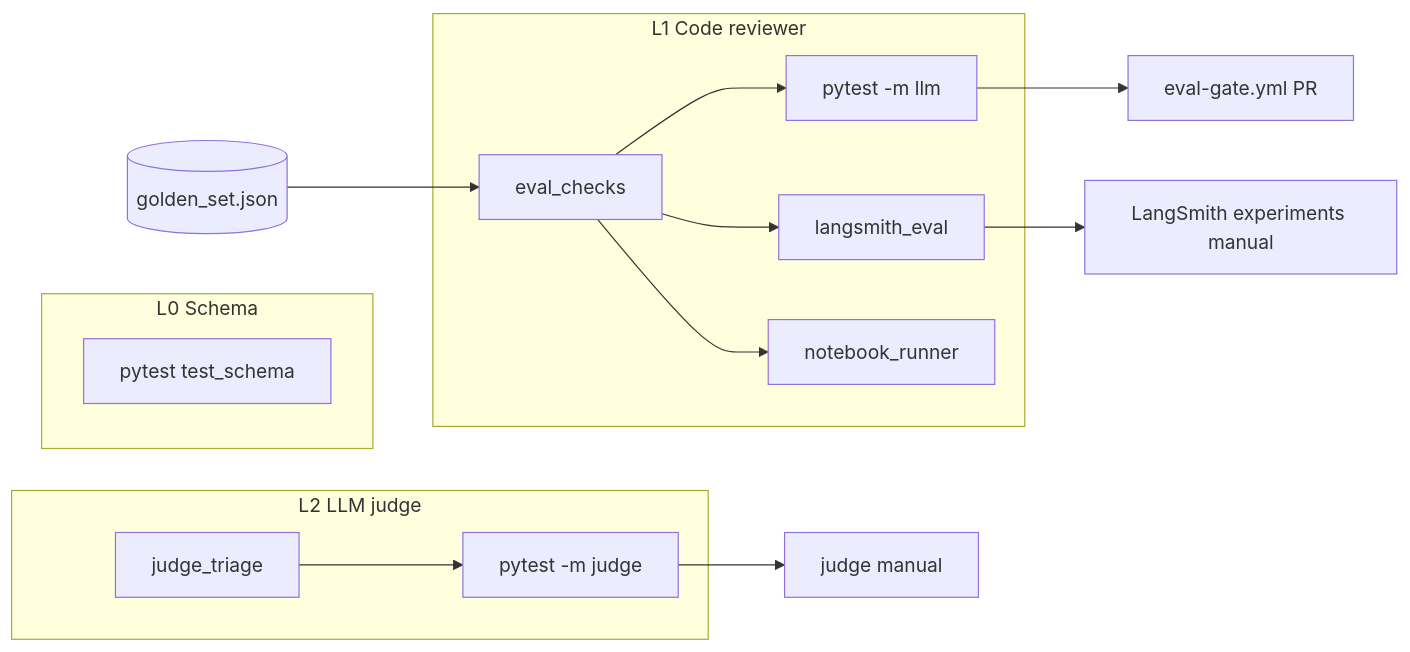
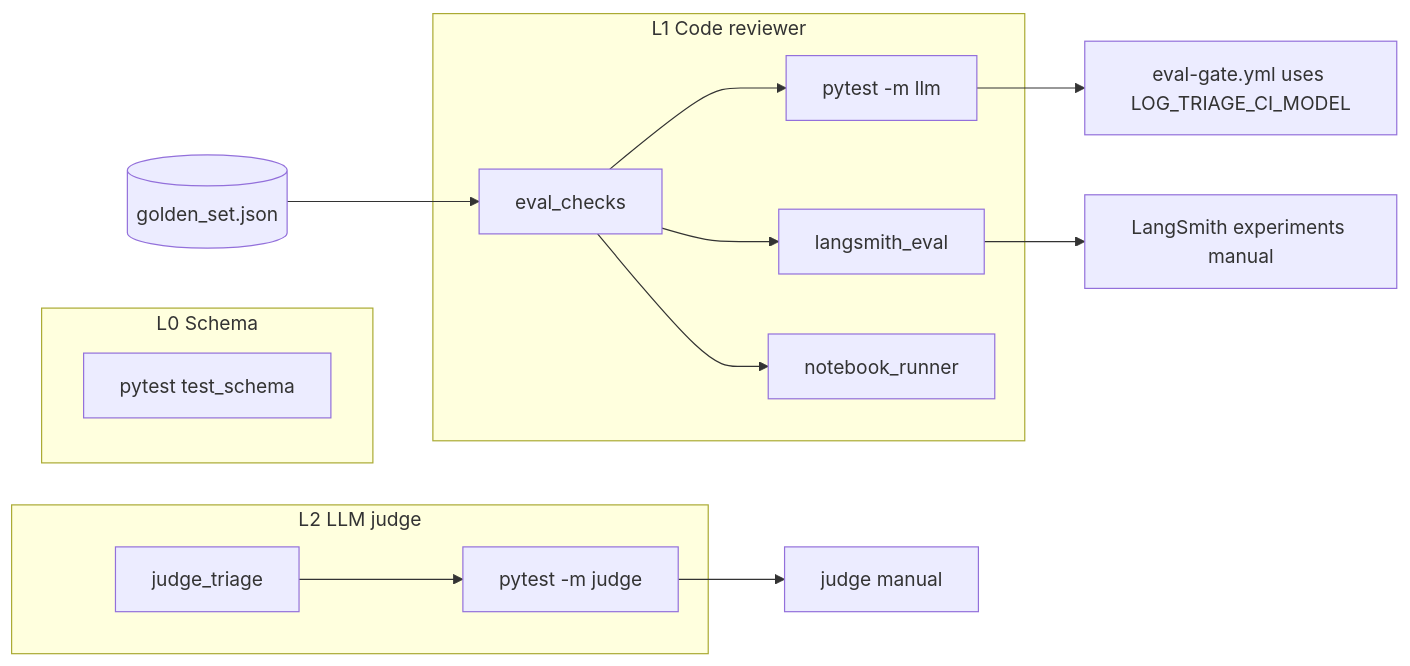
One commit to KhwajaMKhan/llm-log-triage changed the third of 4 diagrams in docs/architecture.md. Above: the diagram before and after it, drawn with Mermaid. The commit also changed other lines of this file and 14 other files, not shown here.

````diff
--- a/docs/architecture.md
+++ b/docs/architecture.md
@@ -100,27 +102,27 @@
 ```mermaid
 flowchart LR
   subgraph L0 [L0 Schema]
     P1[pytest test_schema]
   end
 
   subgraph L1 [L1 Code reviewer]
     EC[eval_checks]
     T1[pytest -m llm]
     T2[langsmith_eval]
     T3[notebook_runner]
   end
 
   subgraph L2 [L2 LLM judge]
     J[judge_triage]
     T4[pytest -m judge]
   end
 
   GS[(golden_set.json)] --> EC
   EC --> T1
   EC --> T2
   EC --> T3
   J --> T4
-  T1 --> CI[eval-gate.yml PR]
+  T1 --> CI[eval-gate.yml uses LOG_TRIAGE_CI_MODEL]
   T2 --> LS[LangSmith experiments manual]
   T4 --> MAN[judge manual]
 ```
````
